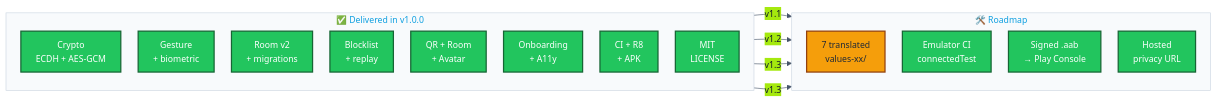
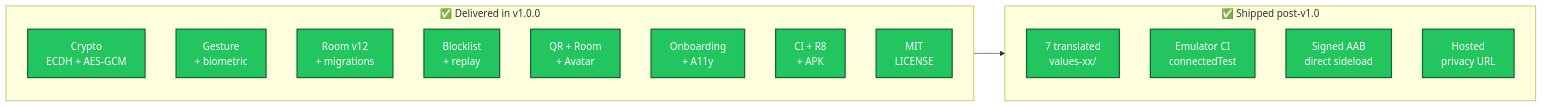
The diagram in docs/AUDIT.md (Yash-Awasthi/Aura), drawn with Mermaid before and after one commit. The commit also changed other lines of this file and 9 other files, not shown here.

````diff
--- a/docs/AUDIT.md
+++ b/docs/AUDIT.md
@@ -68,38 +68,25 @@
 ```mermaid
-%%{init: {'theme':'base','themeVariables':{
-  'fontFamily':'ui-monospace, SFMono-Regular, Menlo, Monaco, monospace',
-  'fontSize':'14px',
-  'primaryColor':'#0EA5E9',
-  'primaryTextColor':'#0F172A',
-  'primaryBorderColor':'#075985',
-  'lineColor':'#475569',
-  'clusterBkg':'#F8FAFC',
-  'clusterBorder':'#CBD5E1'
-},'flowchart':{'curve':'basis','nodeSpacing':28,'rankSpacing':34,'padding':12}}}%%
 flowchart LR
     subgraph DONE["✅&nbsp;Delivered&nbsp;in&nbsp;v1.0.0"]
         direction TB
         d1["Crypto<br/>ECDH&nbsp;+&nbsp;AES-GCM"]:::ok
         d2["Gesture<br/>+&nbsp;biometric"]:::ok
-        d3["Room&nbsp;v2<br/>+&nbsp;migrations"]:::ok
+        d3["Room&nbsp;v12<br/>+&nbsp;migrations"]:::ok
         d4["Blocklist<br/>+&nbsp;replay"]:::ok
         d5["QR&nbsp;+&nbsp;Room<br/>+&nbsp;Avatar"]:::ok
         d6["Onboarding<br/>+&nbsp;A11y"]:::ok
         d7["CI&nbsp;+&nbsp;R8<br/>+&nbsp;APK"]:::ok
         d8["MIT<br/>LICENSE"]:::ok
     end
-    subgraph TODO["🛠️&nbsp;Roadmap"]
+    subgraph DONE2["✅&nbsp;Shipped&nbsp;post-v1.0"]
         direction TB
-        g1["7&nbsp;translated<br/>values-xx/"]:::warn
+        g1["7&nbsp;translated<br/>values-xx/"]:::ok
         g2["Emulator&nbsp;CI<br/>connectedTest"]:::ok
-        g3["Signed&nbsp;.aab<br/>→&nbsp;Play&nbsp;Console"]:::ok
+        g3["Signed&nbsp;AAB<br/>direct&nbsp;sideload"]:::ok
         g4["Hosted<br/>privacy&nbsp;URL"]:::ok
     end
-    DONE -->|"v1.1"| g1
-    DONE -->|"v1.2"| g2
-    DONE -->|"v1.3"| g3
-    DONE -->|"v1.3"| g4
+    DONE --> DONE2
 
     classDef ok fill:#22C55E,color:#FFFFFF,stroke:#166534,stroke-width:2px
     classDef warn fill:#F59E0B,color:#1F2937,stroke:#92400E,stroke-width:2px
 ```
````
